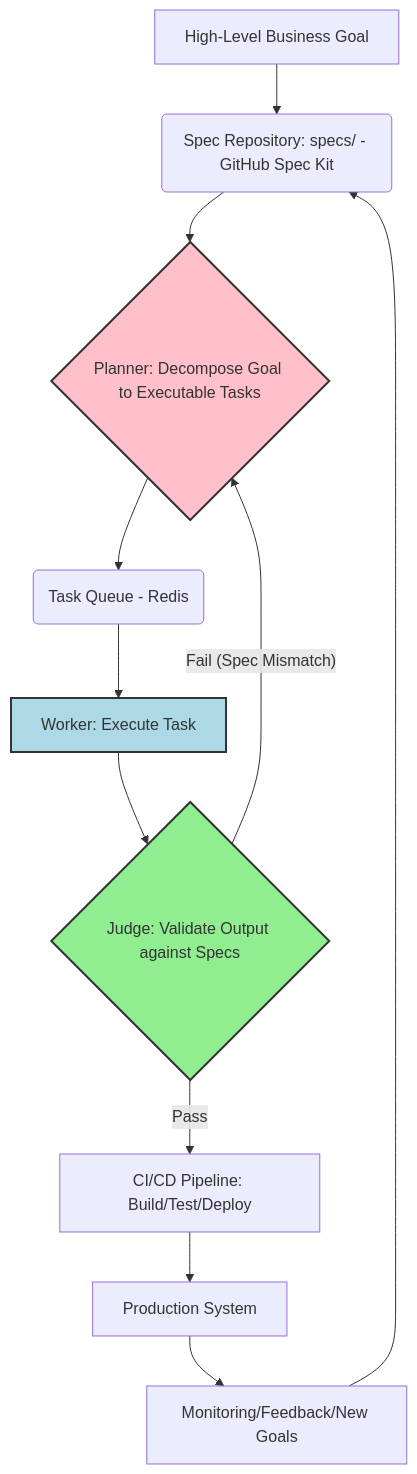
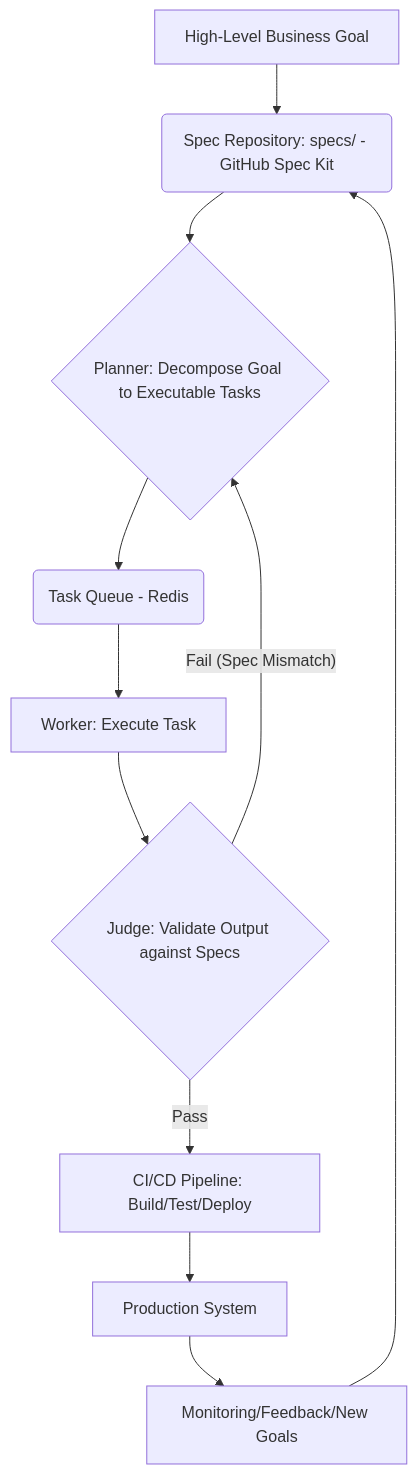
One commit to Abeni5/chimera-factory changed the third of 3 diagrams in submission_report.md. Above: the diagram before and after it, drawn with Mermaid. The commit also changed other lines of this file, not shown here.

````diff
--- a/submission_report.md
+++ b/submission_report.md
@@ -247,17 +245,15 @@
 ```mermaid
 graph TD
     A[High-Level Business Goal] --> B(Spec Repository: specs/ - GitHub Spec Kit)
     B --> C{Planner: Decompose Goal to Executable Tasks}
     C --> D(Task Queue - Redis)
     D --> E[Worker: Execute Task]
     E --> F{Judge: Validate Output against Specs}
     F -- Pass --> G[CI/CD Pipeline: Build/Test/Deploy]
     F -- Fail (Spec Mismatch) --> C
     G --> H[Production System]
     H --> I[Monitoring/Feedback/New Goals]
     I --> B
 
-    style C fill:#FFC0CB,stroke:#333,stroke-width:2px
-    style E fill:#ADD8E6,stroke:#333,stroke-width:2px
-    style F fill:#90EE90,stroke:#333,stroke-width:2px
+    
 ```
````
